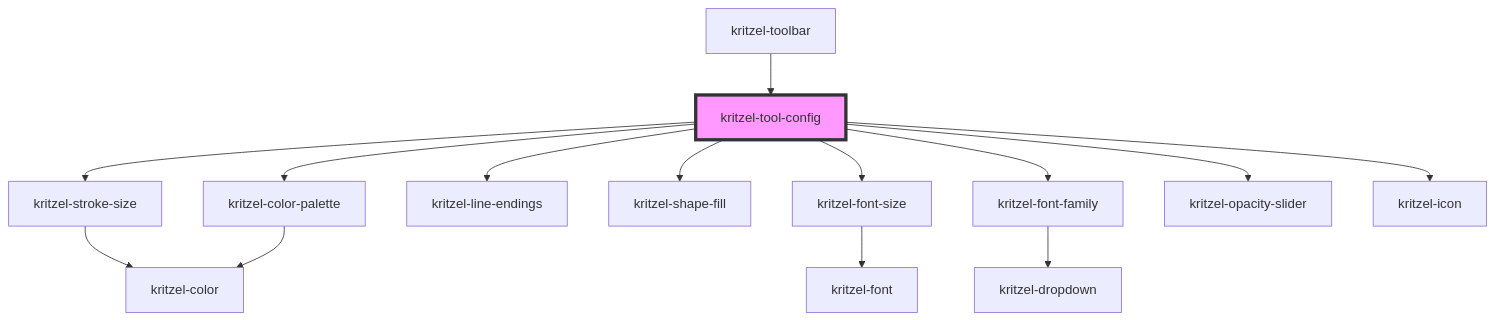
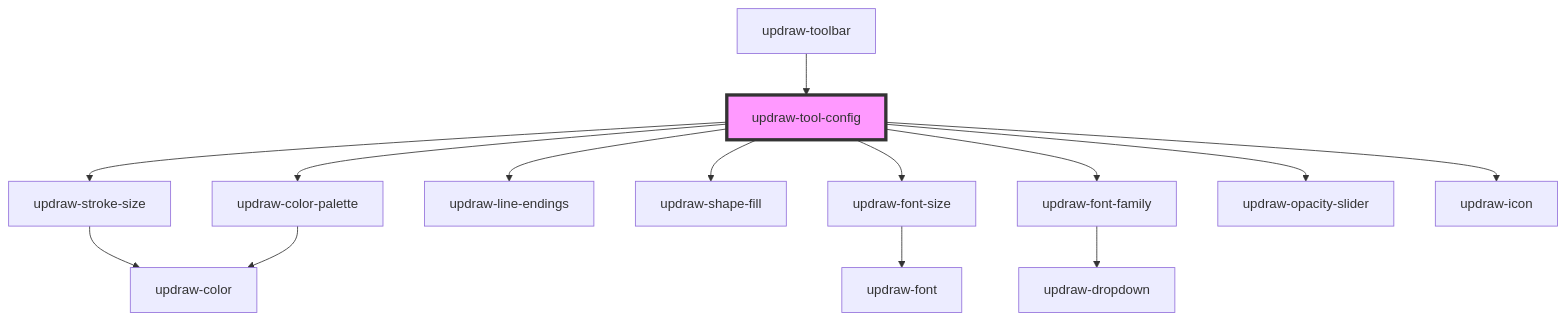
The diagram in libs/editor/core/src/components/updraw-tool-config/readme.md (kasual1/kritzel), drawn with Mermaid before and after one commit. The commit also changed other lines of this file and 1129 other files, not shown here.

First line of the commit message:
Replace kritzel with updraw across the codebase

````diff
--- a/libs/editor/core/src/components/updraw-tool-config/readme.md
+++ b/libs/editor/core/src/components/updraw-tool-config/readme.md
@@ -45,17 +45,17 @@
 ```mermaid
 graph TD;
-  kritzel-tool-config --> kritzel-stroke-size
-  kritzel-tool-config --> kritzel-font-size
-  kritzel-tool-config --> kritzel-line-endings
-  kritzel-tool-config --> kritzel-shape-fill
-  kritzel-tool-config --> kritzel-font-family
-  kritzel-tool-config --> kritzel-color-palette
-  kritzel-tool-config --> kritzel-opacity-slider
-  kritzel-tool-config --> kritzel-icon
-  kritzel-stroke-size --> kritzel-color
-  kritzel-font-size --> kritzel-font
-  kritzel-font-family --> kritzel-dropdown
-  kritzel-color-palette --> kritzel-color
-  kritzel-toolbar --> kritzel-tool-config
-  style kritzel-tool-config fill:#f9f,stroke:#333,stroke-width:4px
+  updraw-tool-config --> updraw-stroke-size
+  updraw-tool-config --> updraw-font-size
+  updraw-tool-config --> updraw-line-endings
+  updraw-tool-config --> updraw-shape-fill
+  updraw-tool-config --> updraw-font-family
+  updraw-tool-config --> updraw-color-palette
+  updraw-tool-config --> updraw-opacity-slider
+  updraw-tool-config --> updraw-icon
+  updraw-stroke-size --> updraw-color
+  updraw-font-size --> updraw-font
+  updraw-font-family --> updraw-dropdown
+  updraw-color-palette --> updraw-color
+  updraw-toolbar --> updraw-tool-config
+  style updraw-tool-config fill:#f9f,stroke:#333,stroke-width:4px
 ```
````
